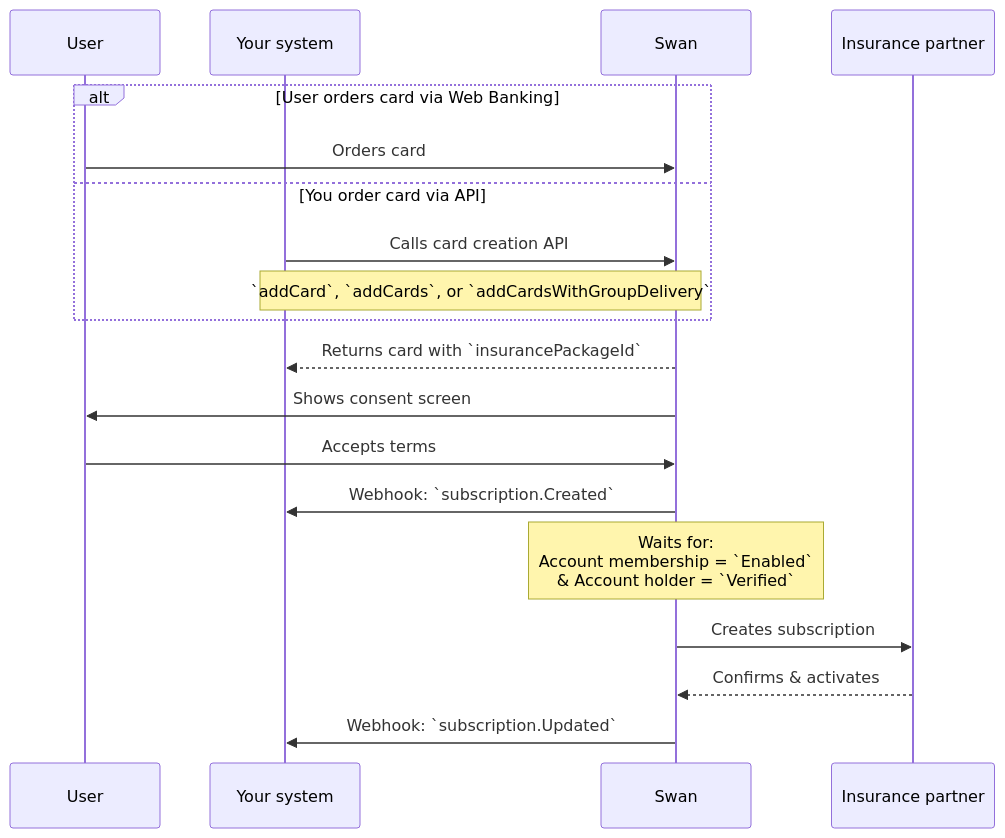
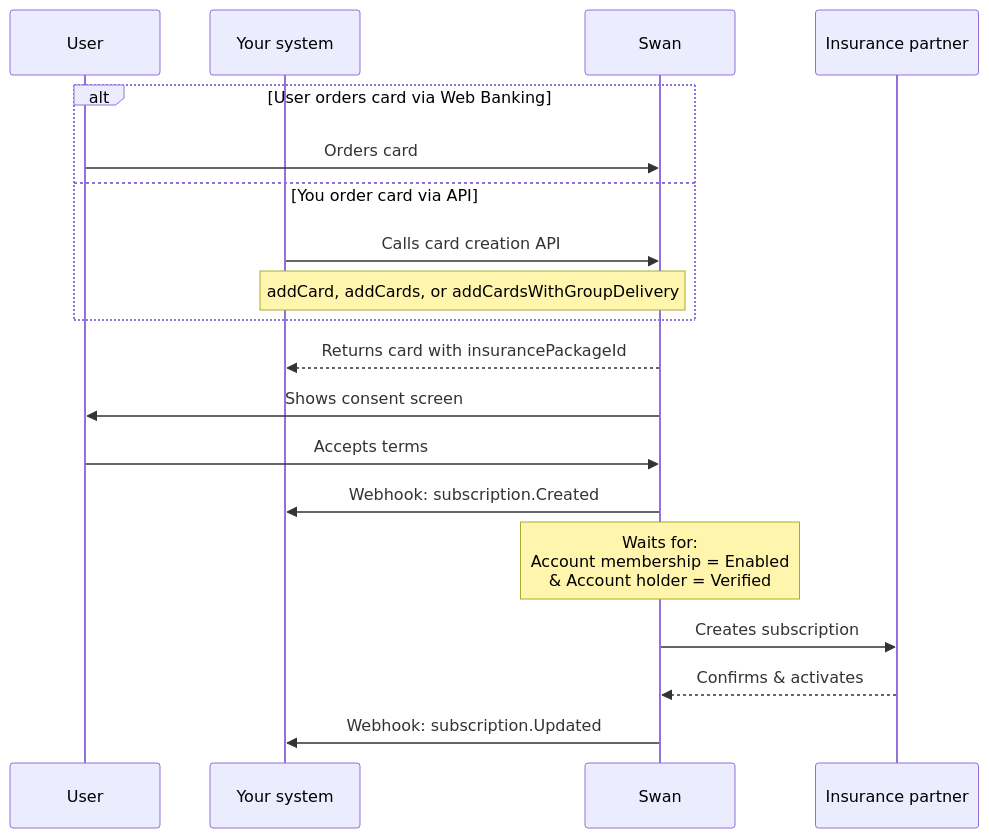
One commit to swan-io/docs changed the second of 2 diagrams in docs/topics/cards/overview/insurance-on-cards.mdx. Above: the diagram before and after it, drawn with Mermaid.

````diff
--- a/docs/topics/cards/overview/insurance-on-cards.mdx
+++ b/docs/topics/cards/overview/insurance-on-cards.mdx
@@ -146,23 +146,23 @@
 ```mermaid
 sequenceDiagram
     participant User
     participant Your system
     participant Swan
     participant Insurance partner
 
     alt User orders card via Web Banking
         User->>Swan: Orders card
     else You order card via API
         Your system->>Swan: Calls card creation API
-        Note over Your system,Swan: `addCard`, `addCards`, or `addCardsWithGroupDelivery`
+        Note over Your system,Swan: addCard, addCards, or addCardsWithGroupDelivery
     end
 
-    Swan-->>Your system: Returns card with `insurancePackageId`
+    Swan-->>Your system: Returns card with insurancePackageId
     Swan->>User: Shows consent screen
     User->>Swan: Accepts terms
-    Swan->>Your system: Webhook: `subscription.Created`
-    Note over Swan: Waits for: <br> Account membership = `Enabled` <br />& Account holder = `Verified`
+    Swan->>Your system: Webhook: subscription.Created
+    Note over Swan: Waits for: <br> Account membership = Enabled <br />& Account holder = Verified
     Swan->>Insurance partner: Creates subscription
     Insurance partner-->>Swan: Confirms & activates
-    Swan->>Your system: Webhook: `subscription.Updated`
+    Swan->>Your system: Webhook: subscription.Updated
 ```
````
